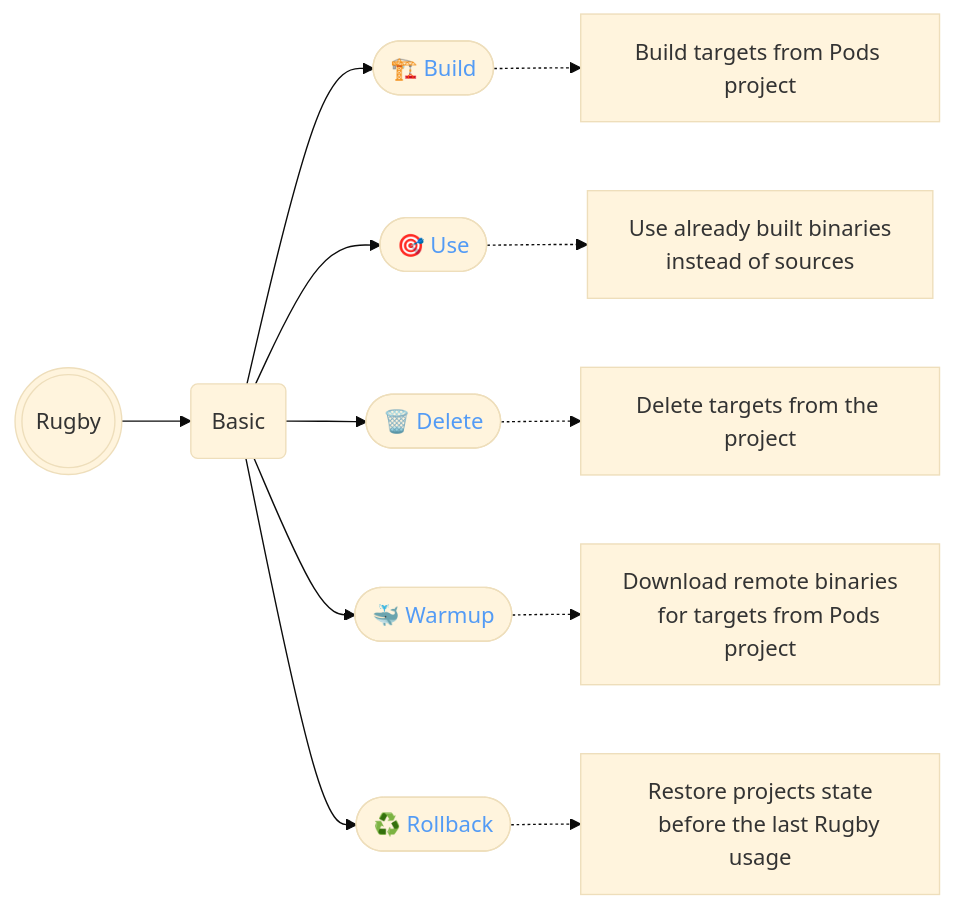
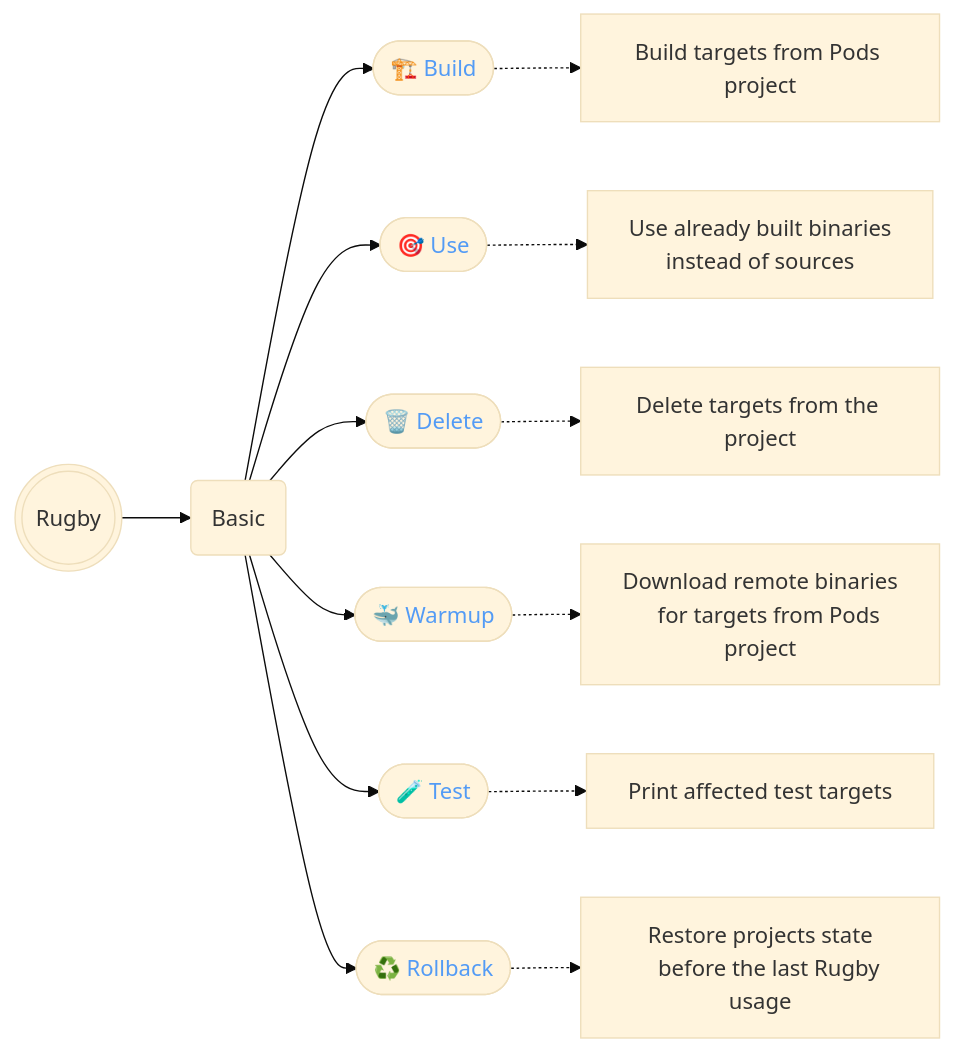
Before and after one commit to swiftyfinch/Rugby: the first of 4 diagrams in Docs/commands-help/README.md, drawn with Mermaid (base theme). The commit also changed other lines of this file, not shown here.

````diff
--- a/Docs/commands-help/README.md
+++ b/Docs/commands-help/README.md
@@ -42,38 +44,44 @@
 ```mermaid
 flowchart LR
     S((("Rugby")))
     S --> A("Basic")
 
     A --> AA(["🏗️ Build"]) -.-> AAA["
     Build targets from Pods project
     "]
     style AA color:#539bf5
     click AA "https://github.com/swiftyfinch/Rugby/blob/main/Docs/commands-help/build.md" _blank
 
     A --> AB(["🎯 Use"]) -.-> ABA["
     Use already built binaries
     instead of sources
     "]
     style AB color:#539bf5
     click AB "https://github.com/swiftyfinch/Rugby/blob/main/Docs/commands-help/use.md" _blank
 
     A --> AC(["🗑️ Delete"]) -.-> ACA["
     Delete targets from the project
     "]
     style AC color:#539bf5
     click AC "https://github.com/swiftyfinch/Rugby/blob/main/Docs/commands-help/delete.md" _blank
 
     A --> AD(["🐳 Warmup"]) -.-> ADA["
     Download remote binaries
     for targets from Pods project
     "]
     style AD color:#539bf5
     click AD "https://github.com/swiftyfinch/Rugby/blob/main/Docs/commands-help/warmup.md" _blank
 
-    A --> AE(["♻️ Rollback"]) -.-> AEA["
+    A --> AE(["🧪 Test"]) -.-> AEA["
+    Print affected test targets
+    "]
+    style AE color:#539bf5
+    click AE "https://github.com/swiftyfinch/Rugby/blob/main/Docs/commands-help/test.md" _blank
+
+    A --> AF(["♻️ Rollback"]) -.-> AFA["
     Restore projects state
     before the last Rugby usage
     "]
-    style AE color:#539bf5
-    click AE "https://github.com/swiftyfinch/Rugby/blob/main/Docs/commands-help/rollback.md" _blank
+    style AF color:#539bf5
+    click AF "https://github.com/swiftyfinch/Rugby/blob/main/Docs/commands-help/rollback.md" _blank
 ```
````
